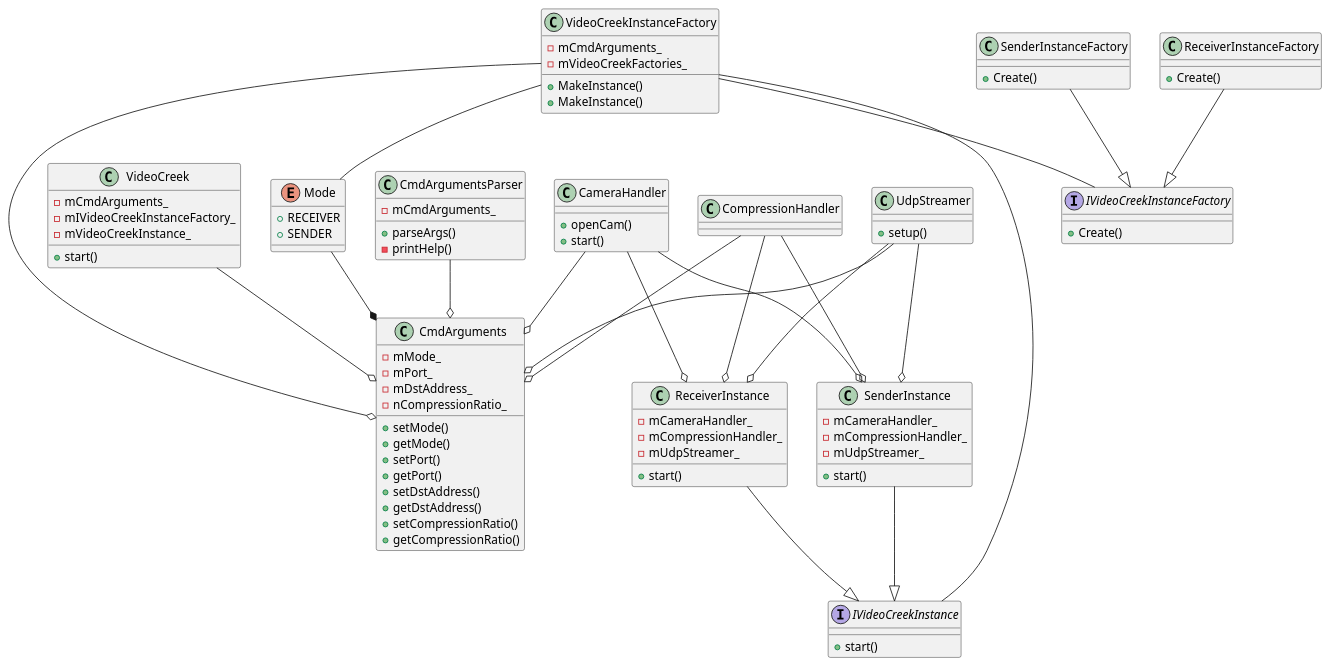
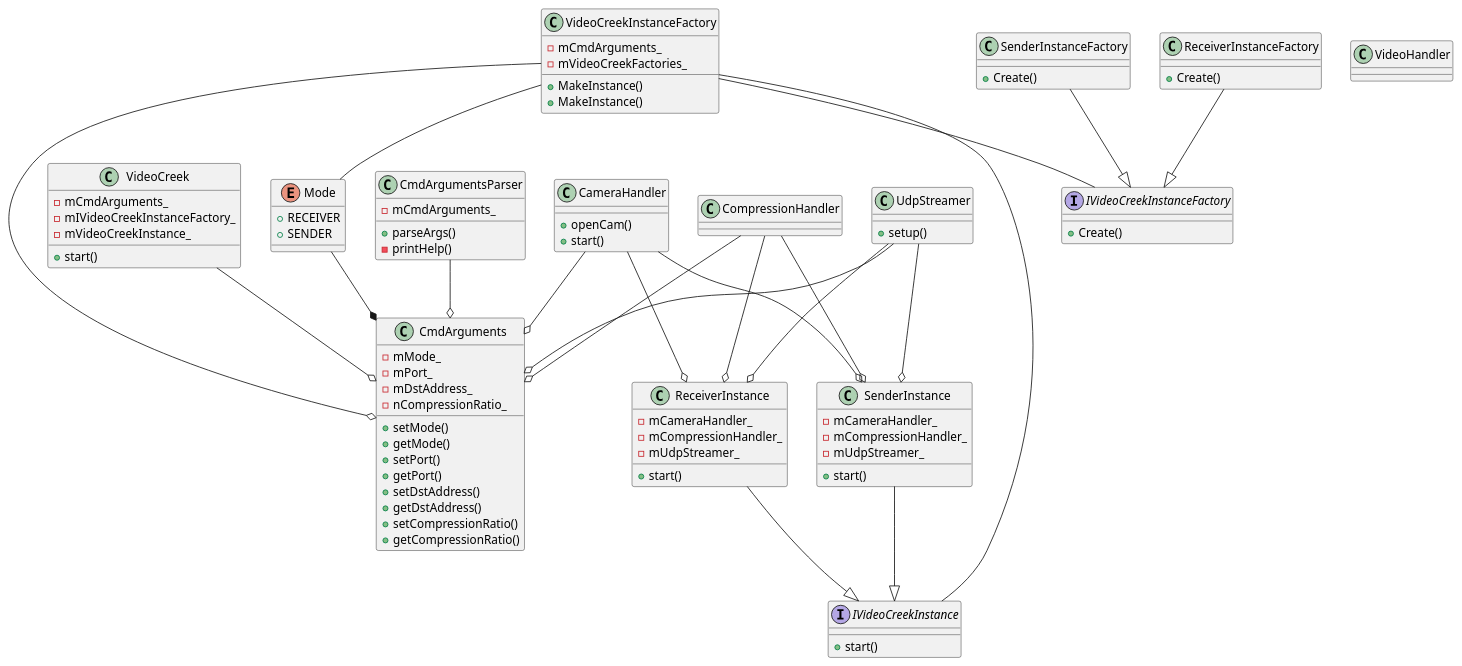
Before and after one commit to jwolak/VideoCreek: the diagram in docs/ClassesDiagram_1_0.puml, drawn with PlantUML. The commit also changed 4 other files, not shown here.

Commit message:
VideoHandler class skeleton created

```diff
--- a/docs/ClassesDiagram_1_0.puml
+++ b/docs/ClassesDiagram_1_0.puml
@@ -1,129 +1,133 @@
 @startuml
 
 class VideoCreek
 {
   +start()
 
   -mCmdArguments_
   -mIVideoCreekInstanceFactory_
   -mVideoCreekInstance_
 }
 
 class CmdArguments
 {
   +setMode()
   +getMode()
   +setPort()
   +getPort()
   +setDstAddress()
   +getDstAddress()
   +setCompressionRatio()
   +getCompressionRatio()
 
   -mMode_
   -mPort_
   -mDstAddress_
   -nCompressionRatio_
 }
 
 enum Mode
 {
   +RECEIVER
   +SENDER  
 }
 
 class CmdArgumentsParser
 {
   +parseArgs()
 
   -mCmdArguments_
   -printHelp()
 }
 
 class VideoCreekInstanceFactory
 {
   +MakeInstance()
 
   -mCmdArguments_
   -mVideoCreekFactories_
 }
 
 interface IVideoCreekInstanceFactory
 {
   +Create()
 }
 
 class ReceiverInstanceFactory
 {
   +Create()
 }
 
 class SenderInstanceFactory
 {
   +Create()
 }
 
 interface IVideoCreekInstance
 {
   +start()
 }
 
 class SenderInstance
 {
   +start()
 
   -mCameraHandler_
   -mCompressionHandler_
   -mUdpStreamer_
 }
 
 class ReceiverInstance
 {
   +start()
 
   -mCameraHandler_
   -mCompressionHandler_
   -mUdpStreamer_
 }
 
 class VideoCreekInstanceFactory
 {
   +MakeInstance()
 }
 
 class CameraHandler
 {
   +openCam()
   +start()
 }
 
 class CompressionHandler
 {
 }
 
 class UdpStreamer
 {
   +setup()
 }
 
+class VideoHandler
+{
+}
+
 Mode --* CmdArguments
 CmdArgumentsParser --o CmdArguments
 VideoCreek --o CmdArguments
 VideoCreekInstanceFactory -- Mode
 VideoCreekInstanceFactory --o CmdArguments
 ReceiverInstanceFactory --|> IVideoCreekInstanceFactory
 SenderInstanceFactory --|> IVideoCreekInstanceFactory
 SenderInstance --|> IVideoCreekInstance
 ReceiverInstance --|> IVideoCreekInstance
 VideoCreekInstanceFactory -- IVideoCreekInstanceFactory
 VideoCreekInstanceFactory -- IVideoCreekInstance
 CameraHandler --o CmdArguments
 CompressionHandler --o CmdArguments
 UdpStreamer --o CmdArguments
 CameraHandler --o SenderInstance
 CompressionHandler --o SenderInstance
 UdpStreamer --o SenderInstance
 CameraHandler --o ReceiverInstance
 CompressionHandler --o ReceiverInstance
 UdpStreamer --o ReceiverInstance
 @enduml
```
